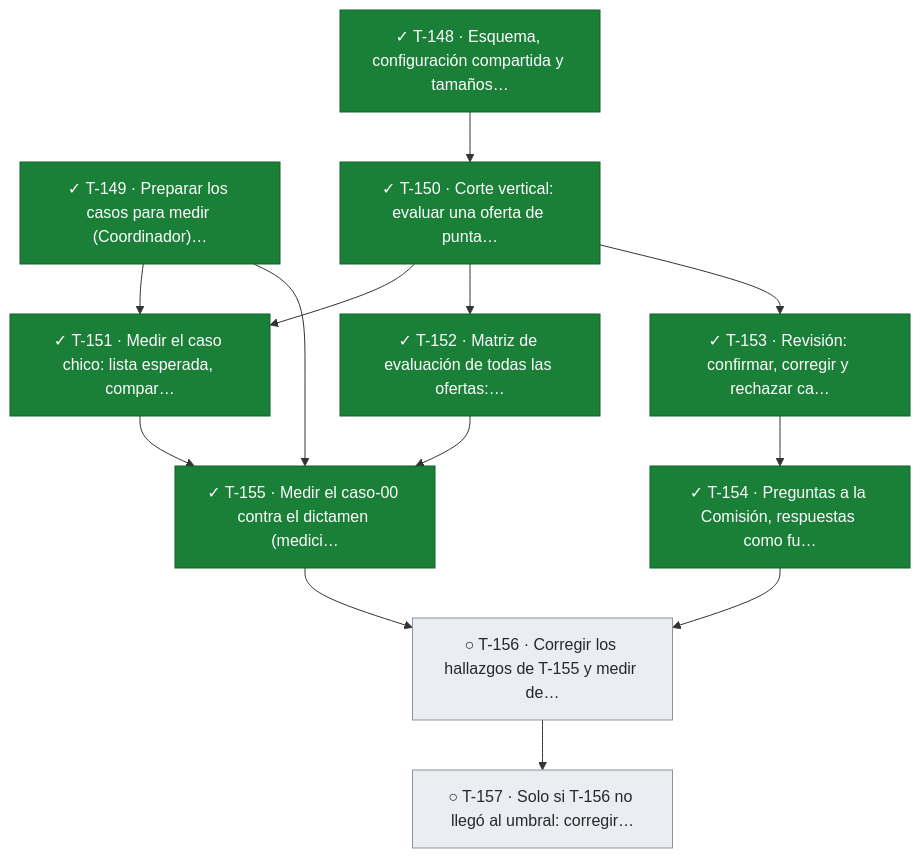
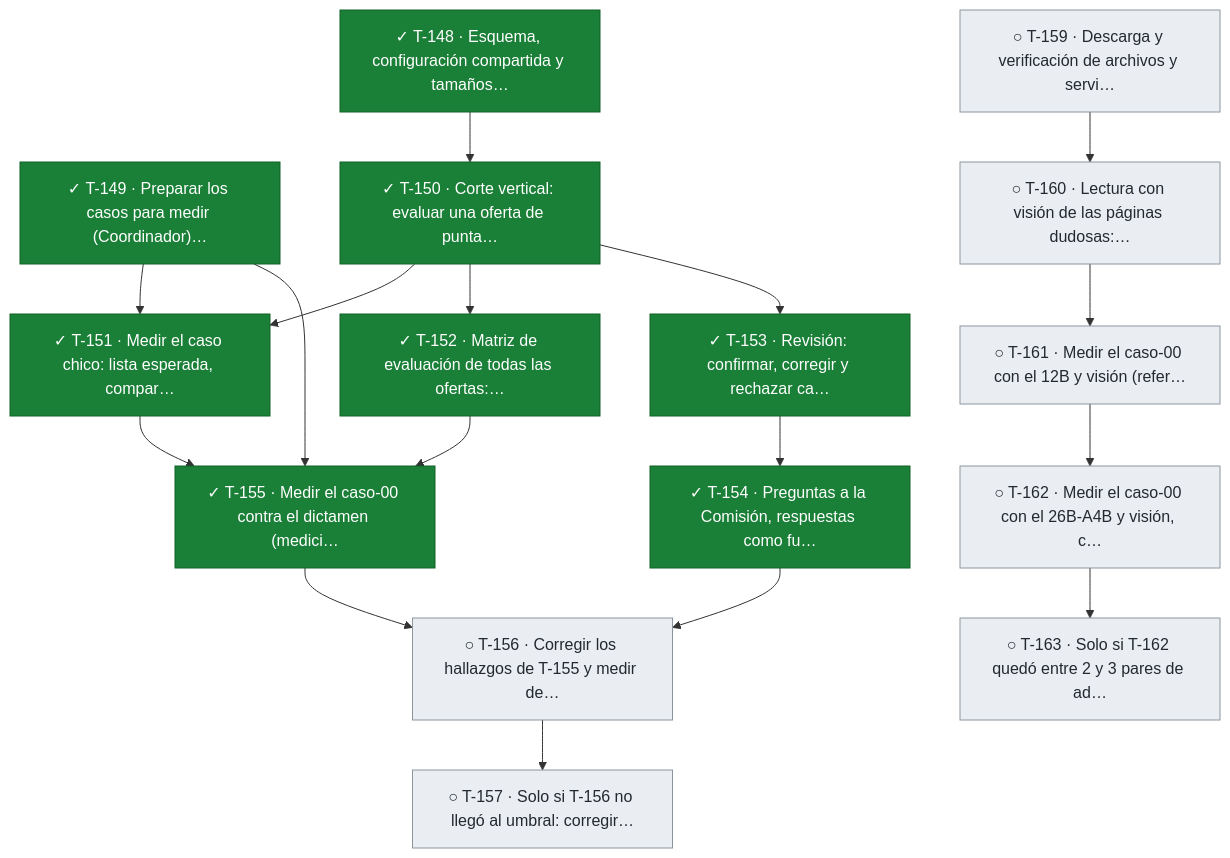
Before and after one commit to snavello/EVALUON: the seventh of 11 diagrams in docs/tablero.md, drawn with Mermaid. The commit also changed other lines of this file and 4 other files, not shown here.

Commit message:
gestión: plan de lectura con visión y comparación de modelos para la 004 (ADR-0041, ADR-0042, T-159 a T-163)

````diff
--- a/docs/tablero.md
+++ b/docs/tablero.md
@@ -685,30 +690,39 @@
 ```mermaid
 flowchart TD
   T148["✓ T-148 · Esquema, configuración compartida y tamaños…"]:::done
   T149["✓ T-149 · Preparar los casos para medir (Coordinador)…"]:::done
   T150["✓ T-150 · Corte vertical: evaluar una oferta de punta…"]:::done
   T151["✓ T-151 · Medir el caso chico: lista esperada, compar…"]:::done
   T152["✓ T-152 · Matriz de evaluación de todas las ofertas:…"]:::done
   T153["✓ T-153 · Revisión: confirmar, corregir y rechazar ca…"]:::done
   T154["✓ T-154 · Preguntas a la Comisión, respuestas como fu…"]:::done
   T155["✓ T-155 · Medir el caso-00 contra el dictamen (medici…"]:::done
   T156["○ T-156 · Corregir los hallazgos de T-155 y medir de…"]:::todo
   T157["○ T-157 · Solo si T-156 no llegó al umbral: corregir…"]:::todo
+  T159["○ T-159 · Descarga y verificación de archivos y servi…"]:::todo
+  T160["○ T-160 · Lectura con visión de las páginas dudosas:…"]:::todo
+  T161["○ T-161 · Medir el caso-00 con el 12B y visión (refer…"]:::todo
+  T162["○ T-162 · Medir el caso-00 con el 26B-A4B y visión, c…"]:::todo
+  T163["○ T-163 · Solo si T-162 quedó entre 2 y 3 pares de ad…"]:::todo
   T148 --> T150
   T149 --> T151
   T150 --> T151
   T150 --> T152
   T150 --> T153
   T153 --> T154
   T149 --> T155
   T151 --> T155
   T152 --> T155
   T154 --> T156
   T155 --> T156
   T156 --> T157
+  T159 --> T160
+  T160 --> T161
+  T161 --> T162
+  T162 --> T163
   classDef done fill:#1a7f37,stroke:#116329,color:#ffffff
   classDef review fill:#0969da,stroke:#0550ae,color:#ffffff
   classDef active fill:#bf8700,stroke:#7d4e00,color:#ffffff
   classDef blocked fill:#cf222e,stroke:#a40e26,color:#ffffff
   classDef todo fill:#eaeef2,stroke:#8c959f,color:#24292f
 ```
````
